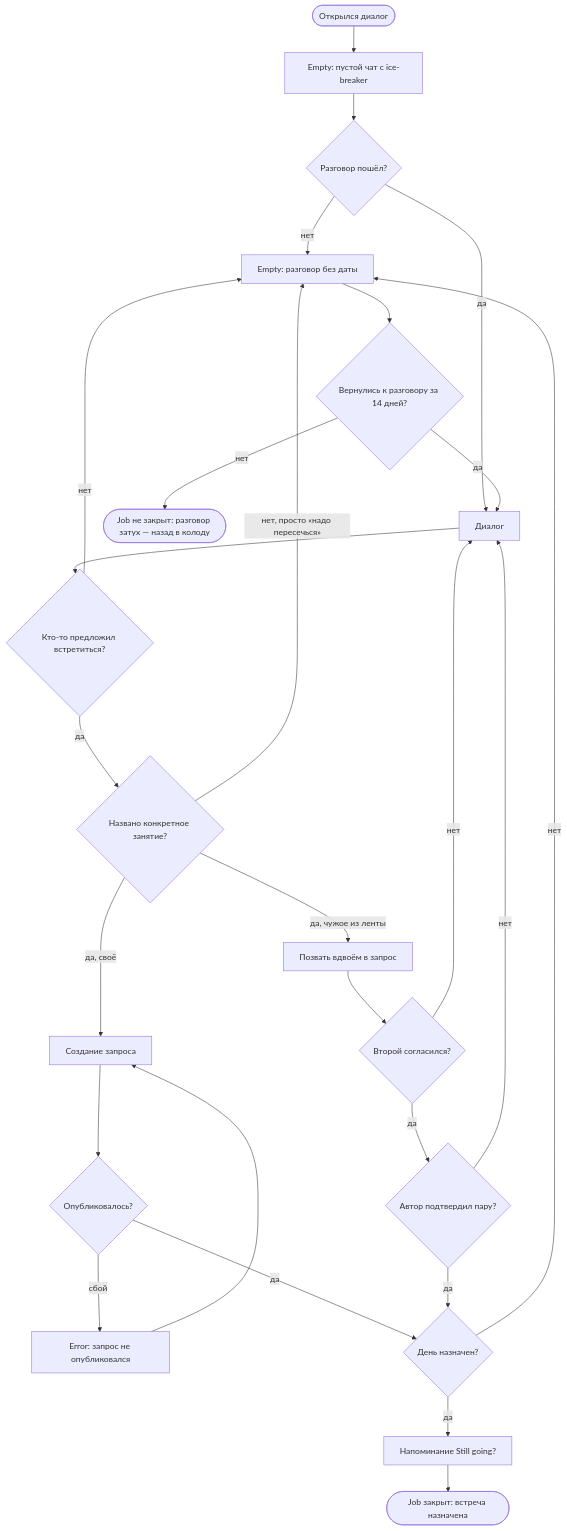
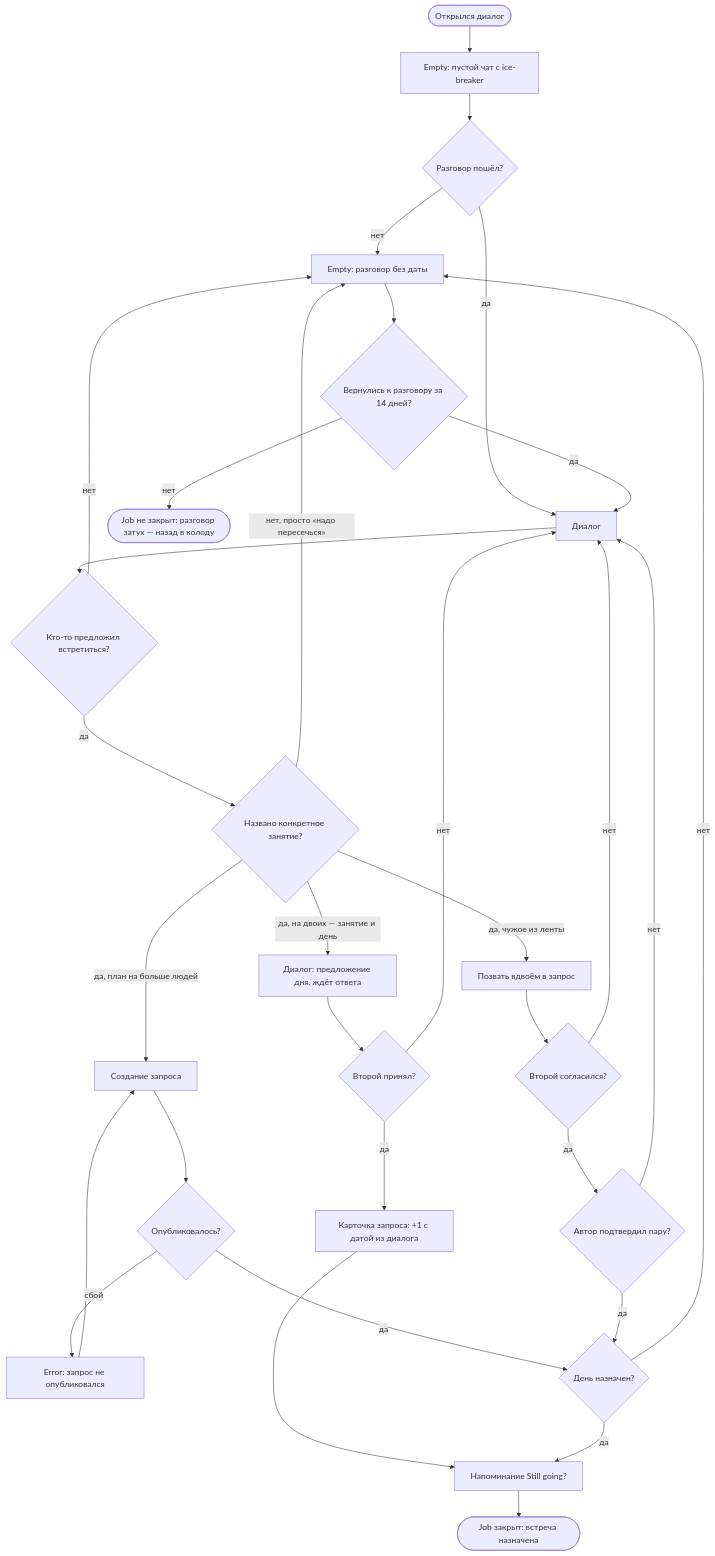
One commit to yulyaklim16-spec/meetmates changed the second of 5 diagrams in flows.md. Above: the diagram before and after it, drawn with Mermaid. The commit also changed other lines of this file and 3 other files, not shown here.

First line of the commit message:
D-39: a day agreed in chat is a +1 request with a date

````diff
--- a/flows.md
+++ b/flows.md
@@ -352,34 +365,39 @@
 ```mermaid
 flowchart TD
     Start([Открылся диалог]) --> Empty["Empty: пустой чат с ice-breaker"]
     Empty --> Started{Разговор пошёл?}
     Started -->|нет| Dead
     Started -->|да| Dialog[Диалог]
 
     Dialog --> Proposed{Кто-то предложил встретиться?}
     Proposed -->|нет| Dead["Empty: разговор без даты"]
     Proposed -->|да| HasActivity{Названо конкретное занятие?}
 
     HasActivity -->|нет, просто «надо пересечься»| Dead
-    HasActivity -->|да, своё| Create[Создание запроса]
+    HasActivity -->|да, на двоих — занятие и день| DayOffer["Диалог: предложение дня, ждёт ответа"]
+    DayOffer --> DayOK{Второй принял?}
+    DayOK -->|нет| Dialog
+    DayOK -->|да| FromChat["Карточка запроса: +1 с датой из диалога"]
+    FromChat --> Remind
+    HasActivity -->|да, план на больше людей| Create[Создание запроса]
     HasActivity -->|да, чужое из ленты| Pair[Позвать вдвоём в запрос]
 
     Create --> Published{Опубликовалось?}
     Published -->|сбой| CreateErr["Error: запрос не опубликовался"]
     CreateErr --> Create
     Published -->|да| DateSet
 
     Pair --> SecondAgrees{Второй согласился?}
     SecondAgrees -->|нет| Dialog
     SecondAgrees -->|да| AuthorPair{Автор подтвердил пару?}
     AuthorPair -->|нет| Dialog
     AuthorPair -->|да| DateSet{День назначен?}
 
     DateSet -->|нет| Dead
     DateSet -->|да| Remind[Напоминание Still going?]
     Remind --> Win(["Job закрыт: встреча назначена"])
 
     Dead --> Revived{Вернулись к разговору за 14 дней?}
     Revived -->|да| Dialog
     Revived -->|нет| NoPlan(["Job не закрыт: разговор затух — назад в колоду"])
 ```
````
